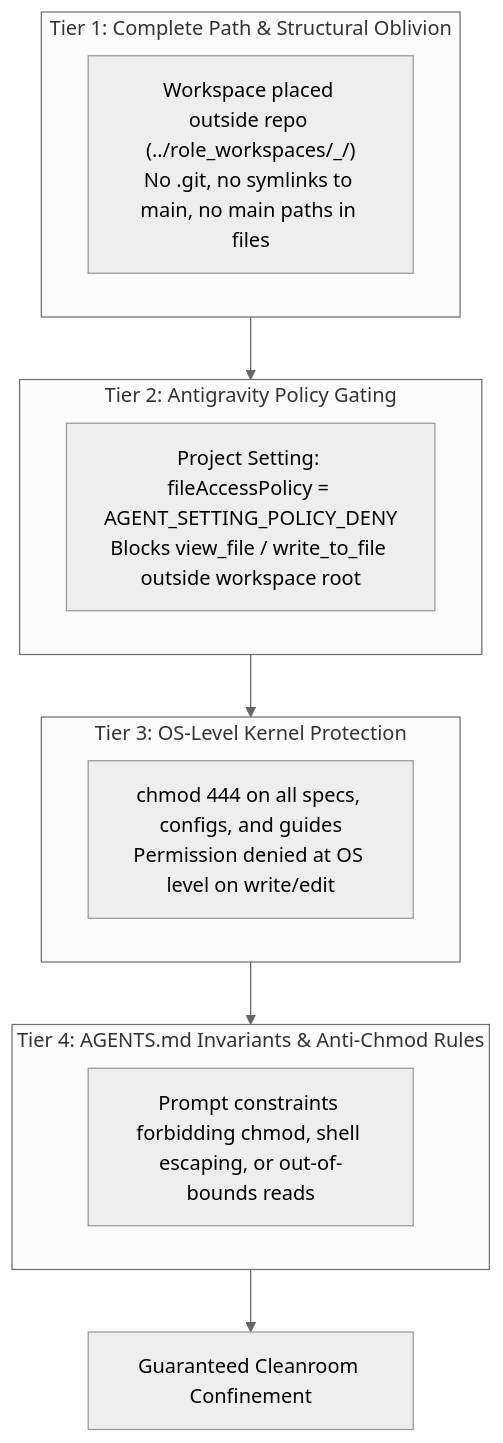
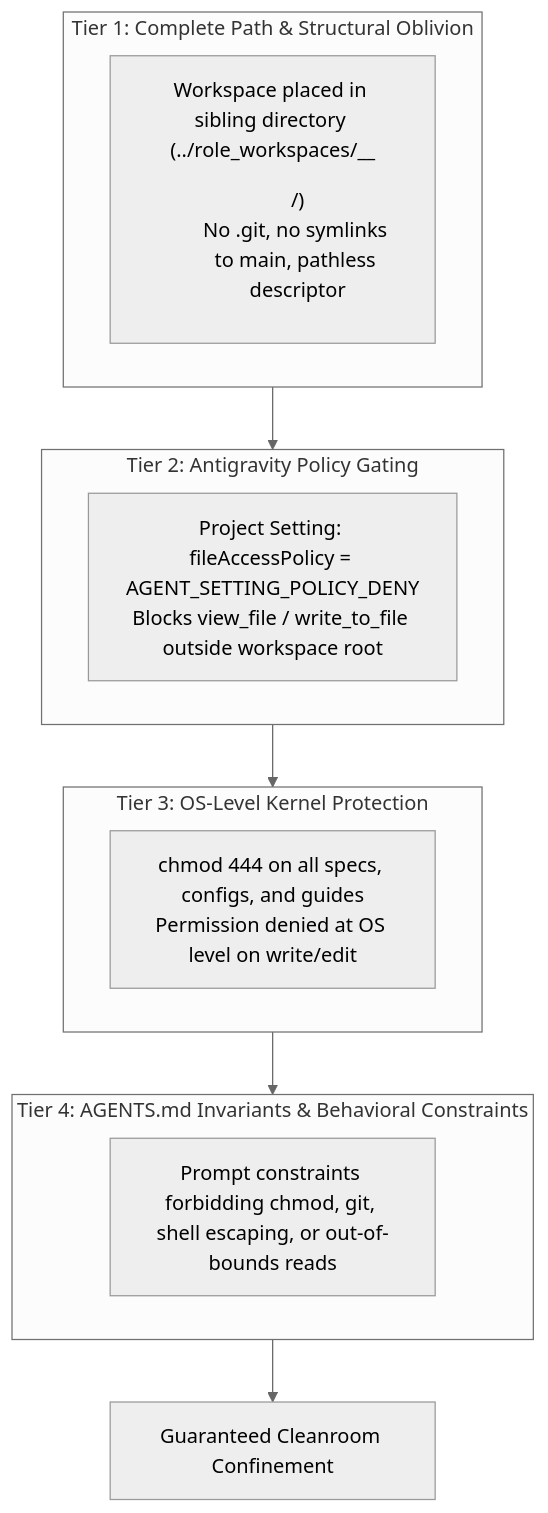
One commit to mcdirmid/cleanroom changed the second of 5 diagrams in design-docs/subagentless_cleanroom_workspaces.md. Above: the diagram before and after it, drawn with Mermaid (neutral theme). The commit also changed other lines of this file and 341 other files, not shown here.

````diff
--- a/design-docs/subagentless_cleanroom_workspaces.md
+++ b/design-docs/subagentless_cleanroom_workspaces.md
@@ -74,17 +65,17 @@
 ```mermaid
 flowchart TD
     subgraph T1["Tier 1: Complete Path & Structural Oblivion"]
-        D1["Workspace placed outside repo (../role_workspaces/<workspace-name>_<role>/)\nNo .git, no symlinks to main, no main paths in files"]
+        D1["Workspace placed in sibling directory (../role_workspaces/<ws>_<role>_<dir>/)\nNo .git, no symlinks to main, pathless descriptor"]
     end
     subgraph T2["Tier 2: Antigravity Policy Gating"]
         D2["Project Setting: fileAccessPolicy = AGENT_SETTING_POLICY_DENY\nBlocks view_file / write_to_file outside workspace root"]
     end
     subgraph T3["Tier 3: OS-Level Kernel Protection"]
         D3["chmod 444 on all specs, configs, and guides\nPermission denied at OS level on write/edit"]
     end
-    subgraph T4["Tier 4: AGENTS.md Invariants & Anti-Chmod Rules"]
-        D4["Prompt constraints forbidding chmod, shell escaping, or out-of-bounds reads"]
+    subgraph T4["Tier 4: AGENTS.md Invariants & Behavioral Constraints"]
+        D4["Prompt constraints forbidding chmod, git, shell escaping, or out-of-bounds reads"]
     end
 
     T1 --> T2 --> T3 --> T4 --> Safe["Guaranteed Cleanroom Confinement"]
 ```
````
